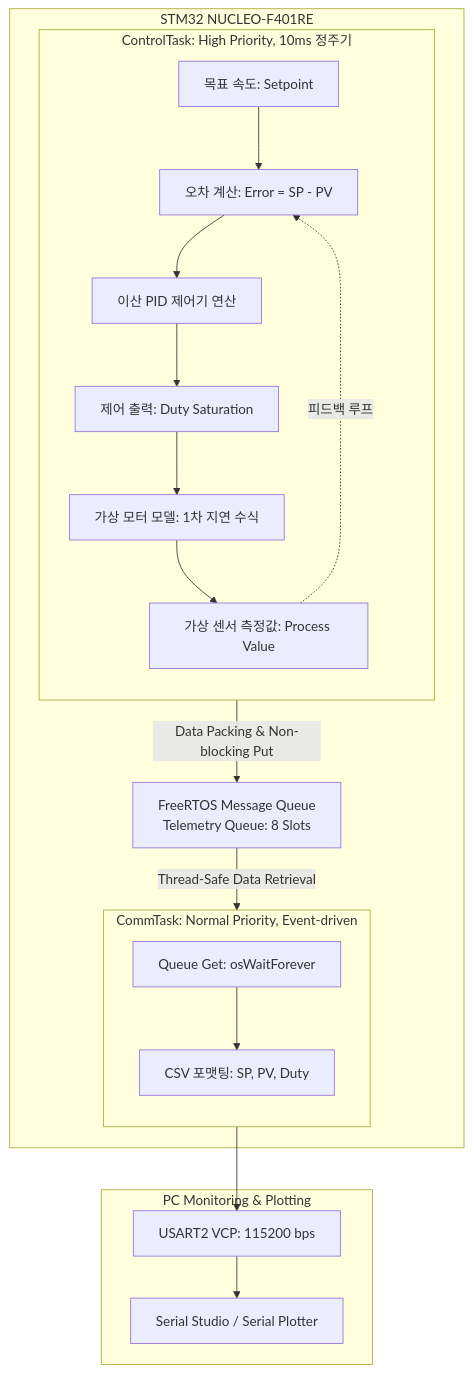
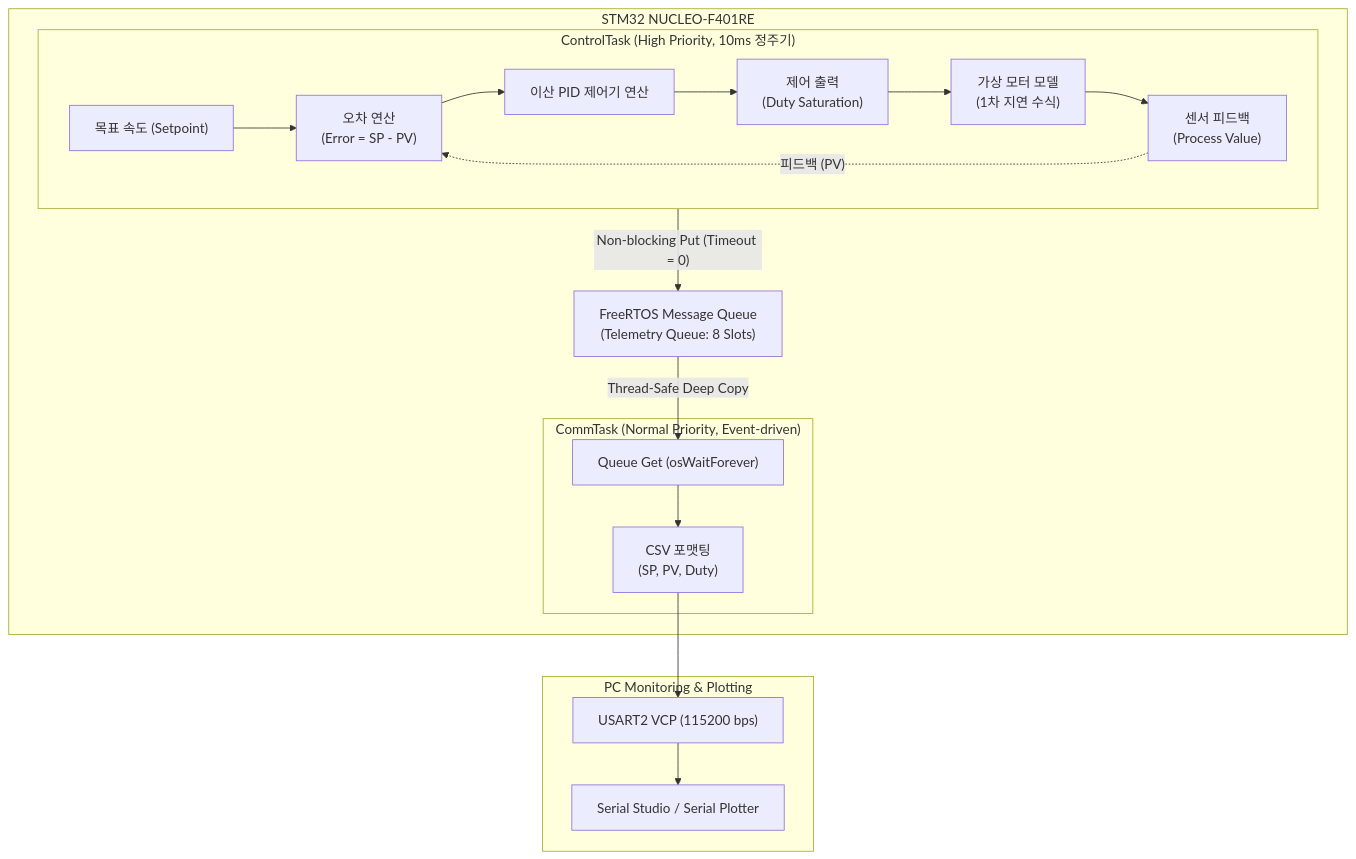
Before and after one commit to YeSeungWan/NUCLEO-F401RE: the diagram in README.md, drawn with Mermaid. The commit also changed other lines of this file, not shown here.

````diff
--- a/README.md
+++ b/README.md
@@ -49,31 +77,29 @@
 ```mermaid
 flowchart TD
-    subgraph STM32 [STM32 NUCLEO-F401RE]
-        subgraph ControlTask [ControlTask: High Priority, 10ms 정주기]
-            direction TB
-            SP[목표 속도: Setpoint] --> ERR[오차 계산: Error = SP - PV]
-            ERR --> PID[이산 PID 제어기 연산]
-            PID --> OUT[제어 출력: Duty Saturation]
-            OUT --> PLANT[가상 모터 모델: 1차 지연 수식]
-            PLANT --> PV[가상 센서 측정값: Process Value]
-            PV -.->|피드백 루프| ERR
+    subgraph STM32 ["STM32 NUCLEO-F401RE"]
+        subgraph ControlTask ["ControlTask (High Priority, 10ms 정주기)"]
+            SP["목표 속도 (Setpoint)"] --> ERR["오차 연산<br/>(Error = SP - PV)"]
+            ERR --> PID["이산 PID 제어기 연산"]
+            PID --> OUT["제어 출력<br/>(Duty Saturation)"]
+            OUT --> PLANT["가상 모터 모델<br/>(1차 지연 수식)"]
+            PLANT --> PV["센서 피드백<br/>(Process Value)"]
+            PV -.->|"피드백 (PV)"| ERR
         end
 
-        QUEUE[FreeRTOS Message Queue\nTelemetry Queue: 8 Slots]
-        ControlTask -->|Data Packing & Non-blocking Put| QUEUE
+        QUEUE["FreeRTOS Message Queue<br/>(Telemetry Queue: 8 Slots)"]
+        ControlTask -->|"Non-blocking Put (Timeout = 0)"| QUEUE
 
-        subgraph CommTask [CommTask: Normal Priority, Event-driven]
-            direction TB
-            RX[Queue Get: osWaitForever] --> FORMAT[CSV 포맷팅: SP, PV, Duty]
+        subgraph CommTask ["CommTask (Normal Priority, Event-driven)"]
+            RX["Queue Get (osWaitForever)"] --> FORMAT["CSV 포맷팅<br/>(SP, PV, Duty)"]
         end
 
-        QUEUE -->|Thread-Safe Data Retrieval| RX
+        QUEUE -->|"Thread-Safe Deep Copy"| RX
     end
 
-    subgraph PC [PC Monitoring & Plotting]
-        UART[USART2 VCP: 115200 bps]
-        PLOTTER[Serial Studio / Serial Plotter]
+    subgraph PC ["PC Monitoring & Plotting"]
+        UART["USART2 VCP (115200 bps)"]
+        PLOTTER["Serial Studio / Serial Plotter"]
         FORMAT --> UART
         UART --> PLOTTER
     end
 ```
````
